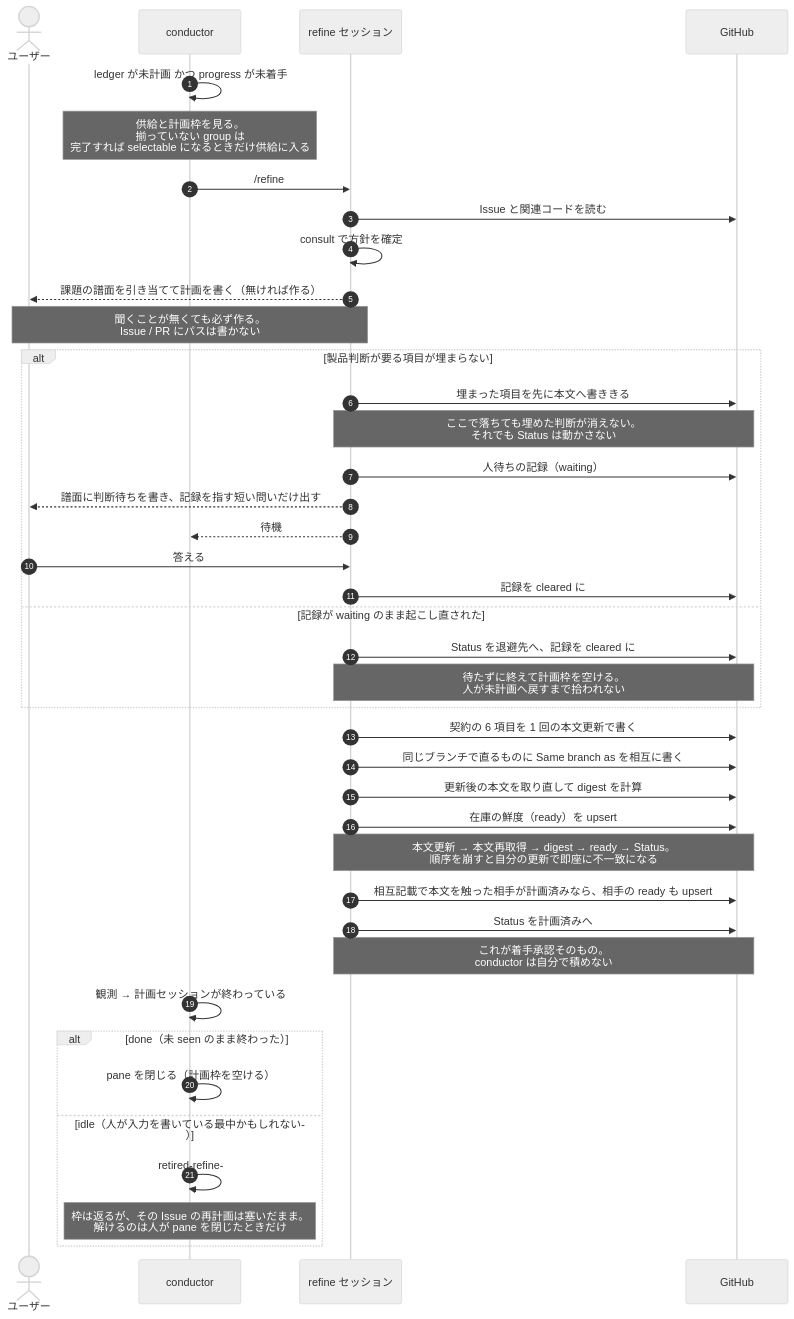
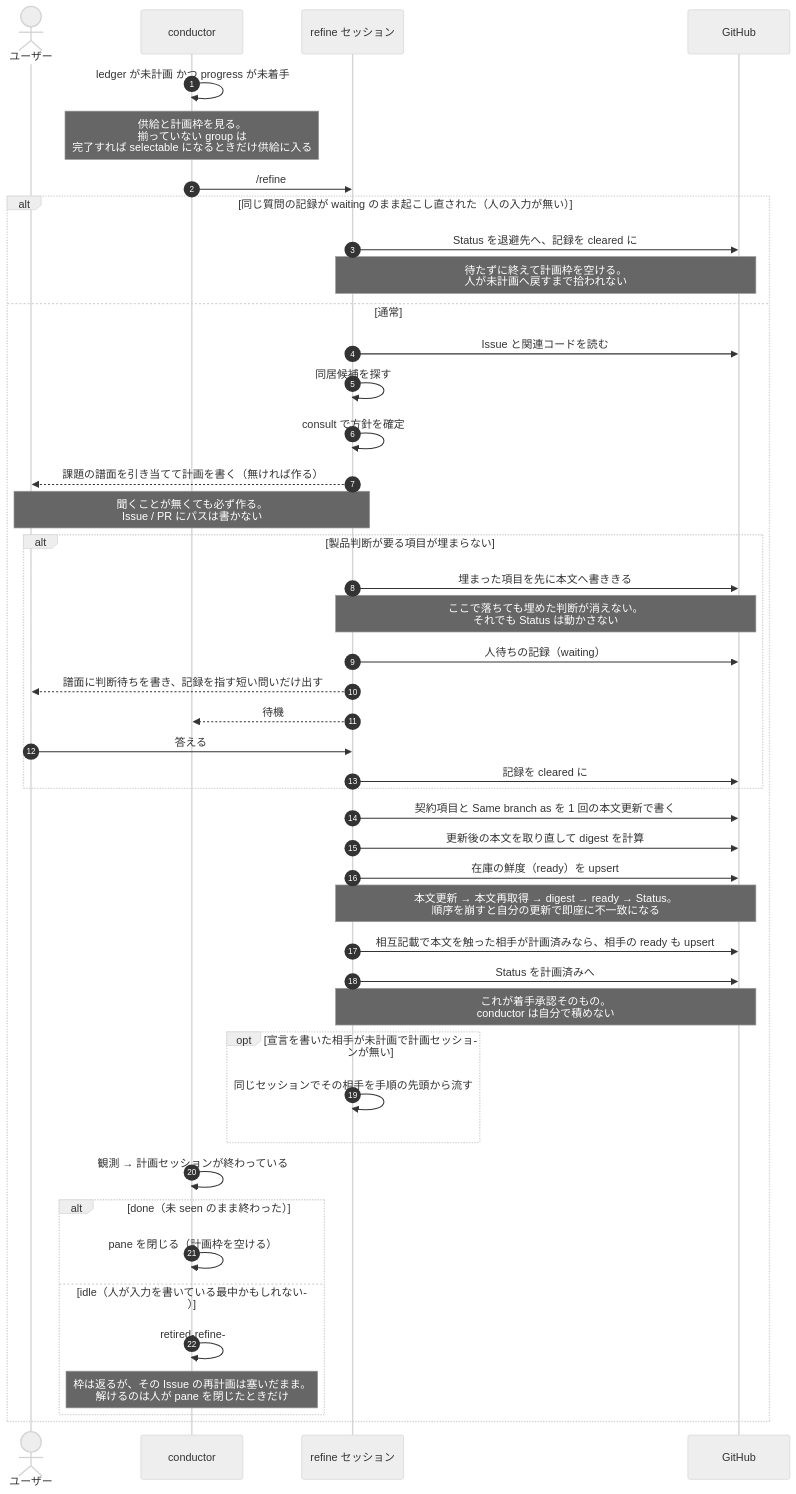
Before and after one commit to usagizmo/agentfiles: the fourth of 4 diagrams in agents/docs/lifecycle.md, drawn with Mermaid (neutral theme). The commit also changed 1 other file, not shown here.

Commit message:
🤖 [agents] refine に同居候補の探索を置く
- Issue と関連コードを読んだ直後、consult の前に探す
- 宣言は consult のあと、本文更新と同じ更新に含める
- 計画シーケンスに探索の段を足す

````diff
--- a/agents/docs/lifecycle.md
+++ b/agents/docs/lifecycle.md
@@ -175,46 +175,51 @@
 ```mermaid
 sequenceDiagram
     autonumber
     actor U as ユーザー
     participant C as conductor
     participant F as refine セッション
     participant GH as GitHub
 
     C->>C: ledger が未計画 かつ progress が未着手
     Note over C: 供給と計画枠を見る。<br/>揃っていない group は<br/>完了すれば selectable になるときだけ供給に入る
     C->>F: /refine #N
-    F->>GH: Issue と関連コードを読む
-    F->>F: consult で方針を確定
-    F-->>U: 課題の譜面を引き当てて計画を書く（無ければ作る）
-    Note over F,U: 聞くことが無くても必ず作る。<br/>Issue / PR にパスは書かない
-
-    alt 製品判断が要る項目が埋まらない
-        F->>GH: 埋まった項目を先に本文へ書ききる
-        Note over F,GH: ここで落ちても埋めた判断が消えない。<br/>それでも Status は動かさない
-        F->>GH: 人待ちの記録（waiting）
-        F-->>U: 譜面に判断待ちを書き、記録を指す短い問いだけ出す
-        F-->>C: 待機
-        U->>F: 答える
-        F->>GH: 記録を cleared に
-    else 記録が waiting のまま起こし直された
+    alt 同じ質問の記録が waiting のまま起こし直された（人の入力が無い）
         F->>GH: Status を退避先へ、記録を cleared に
         Note over F,GH: 待たずに終えて計画枠を空ける。<br/>人が未計画へ戻すまで拾われない
-    end
+    else 通常
+        F->>GH: Issue と関連コードを読む
+        F->>F: 同居候補を探す
+        F->>F: consult で方針を確定
+        F-->>U: 課題の譜面を引き当てて計画を書く（無ければ作る）
+        Note over F,U: 聞くことが無くても必ず作る。<br/>Issue / PR にパスは書かない
 
-    F->>GH: 契約の 6 項目を 1 回の本文更新で書く
-    F->>GH: 同じブランチで直るものに Same branch as を相互に書く
-    F->>GH: 更新後の本文を取り直して digest を計算
-    F->>GH: 在庫の鮮度（ready）を upsert
-    Note over F,GH: 本文更新 → 本文再取得 → digest → ready → Status。<br/>順序を崩すと自分の更新で即座に不一致になる
-    F->>GH: 相互記載で本文を触った相手が計画済みなら、相手の ready も upsert
-    F->>GH: Status を計画済みへ
-    Note over F,GH: これが着手承認そのもの。<br/>conductor は自分で積めない
-    C->>C: 観測 → 計画セッションが終わっている
+        alt 製品判断が要る項目が埋まらない
+            F->>GH: 埋まった項目を先に本文へ書ききる
+            Note over F,GH: ここで落ちても埋めた判断が消えない。<br/>それでも Status は動かさない
+            F->>GH: 人待ちの記録（waiting）
+            F-->>U: 譜面に判断待ちを書き、記録を指す短い問いだけ出す
+            F-->>C: 待機
+            U->>F: 答える
+            F->>GH: 記録を cleared に
+        end
 
-    alt done（未 seen のまま終わった）
-        C->>C: pane を閉じる（計画枠を空ける）
-    else idle（人が入力を書いている最中かもしれない）
-        C->>C: retired-refine-#N へ rename する
-        Note over C: 枠は返るが、その Issue の再計画は塞いだまま。<br/>解けるのは人が pane を閉じたときだけ
+        F->>GH: 契約項目と Same branch as を 1 回の本文更新で書く
+        F->>GH: 更新後の本文を取り直して digest を計算
+        F->>GH: 在庫の鮮度（ready）を upsert
+        Note over F,GH: 本文更新 → 本文再取得 → digest → ready → Status。<br/>順序を崩すと自分の更新で即座に不一致になる
+        F->>GH: 相互記載で本文を触った相手が計画済みなら、相手の ready も upsert
+        F->>GH: Status を計画済みへ
+        Note over F,GH: これが着手承認そのもの。<br/>conductor は自分で積めない
+        opt 宣言を書いた相手が未計画で計画セッションが無い
+            F->>F: 同じセッションでその相手を手順の先頭から流す
+        end
+        C->>C: 観測 → 計画セッションが終わっている
+
+        alt done（未 seen のまま終わった）
+            C->>C: pane を閉じる（計画枠を空ける）
+        else idle（人が入力を書いている最中かもしれない）
+            C->>C: retired-refine-#N へ rename する
+            Note over C: 枠は返るが、その Issue の再計画は塞いだまま。<br/>解けるのは人が pane を閉じたときだけ
+        end
     end
 ```
````
